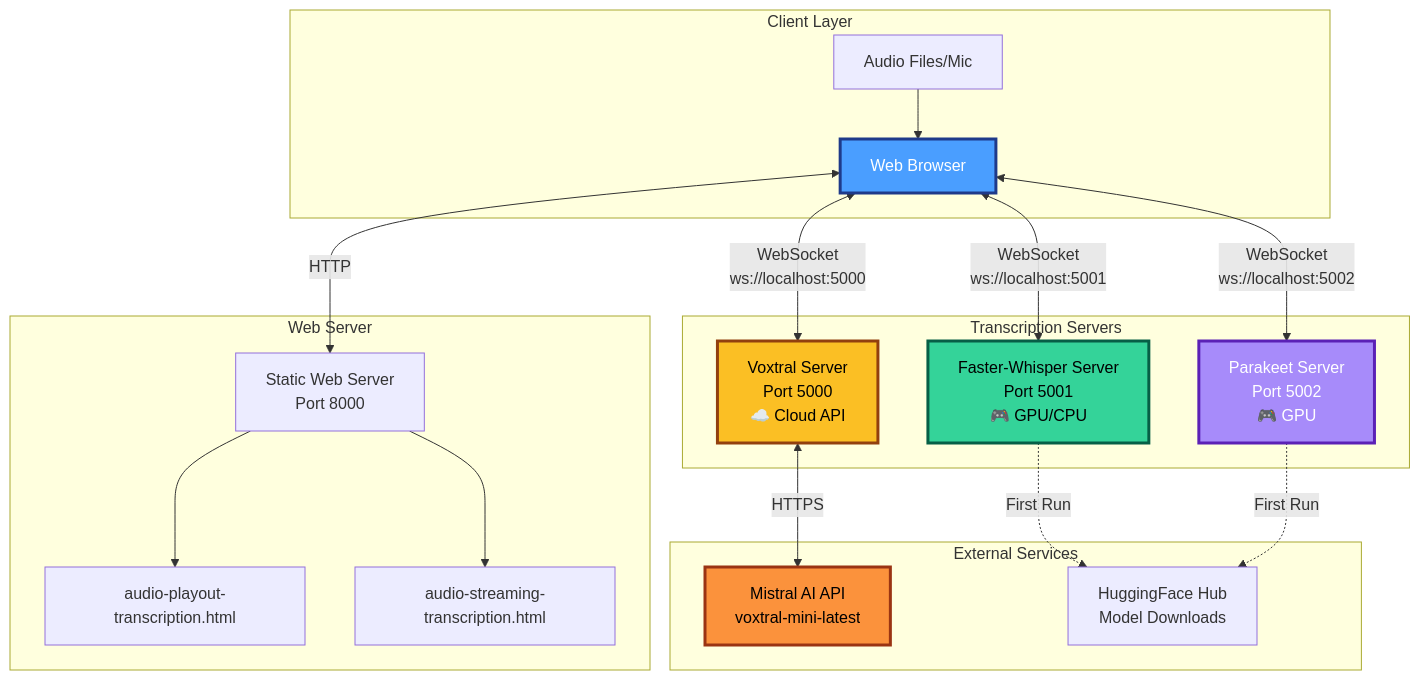
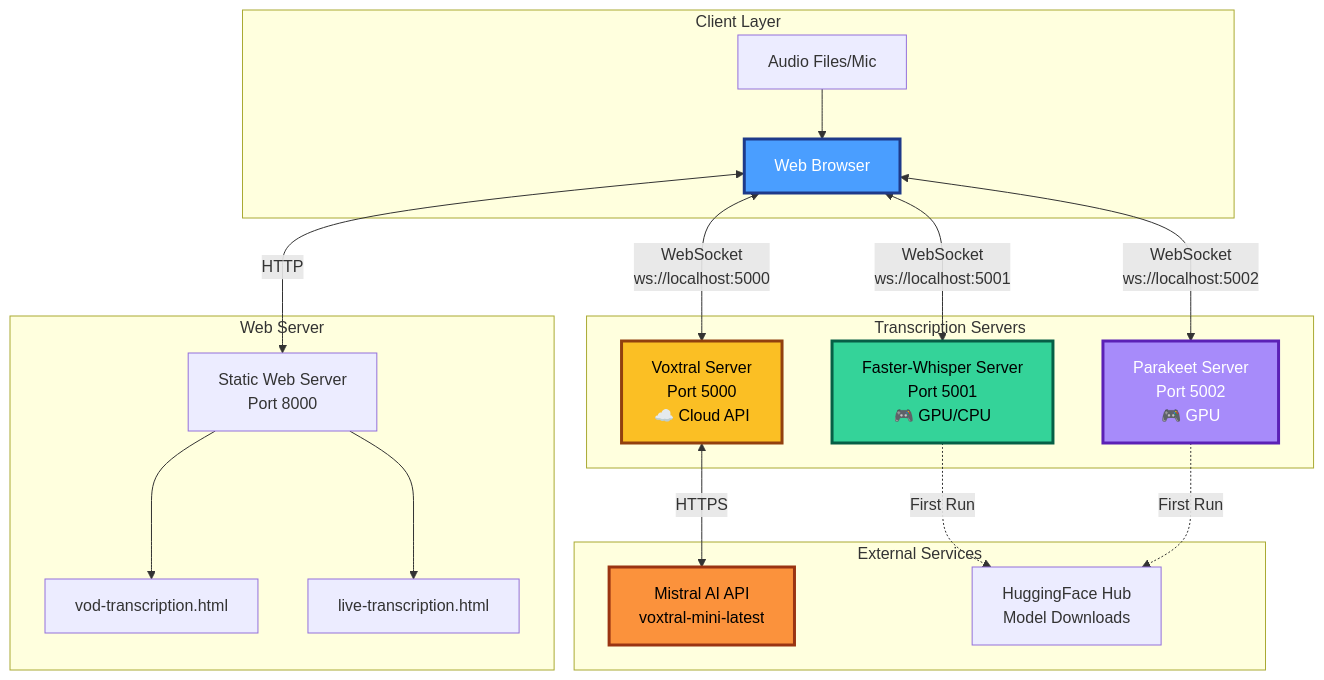
One commit to gjovanov/speech2text changed the first of 6 diagrams in README.md. Above: the diagram before and after it, drawn with Mermaid. The commit also changed other lines of this file and 16 other files, not shown here.

````diff
--- a/README.md
+++ b/README.md
@@ -57,43 +57,43 @@
 ```mermaid
 graph TB
     subgraph "Client Layer"
         Browser[Web Browser]
         Audio[Audio Files/Mic]
     end
 
     subgraph "Web Server"
         WebUI[Static Web Server<br/>Port 8000]
-        HTML1[audio-playout-transcription.html]
-        HTML2[audio-streaming-transcription.html]
+        HTML1[vod-transcription.html]
+        HTML2[live-transcription.html]
     end
 
     subgraph "Transcription Servers"
         Voxtral[Voxtral Server<br/>Port 5000<br/>☁️ Cloud API]
         Whisper[Faster-Whisper Server<br/>Port 5001<br/>🎮 GPU/CPU]
         Parakeet[Parakeet Server<br/>Port 5002<br/>🎮 GPU]
     end
 
     subgraph "External Services"
         MistralAPI[Mistral AI API<br/>voxtral-mini-latest]
         HuggingFace[HuggingFace Hub<br/>Model Downloads]
     end
 
     Audio --> Browser
     Browser <-->|HTTP| WebUI
     WebUI --> HTML1
     WebUI --> HTML2
 
     Browser <-->|WebSocket<br/>ws://localhost:5000| Voxtral
     Browser <-->|WebSocket<br/>ws://localhost:5001| Whisper
     Browser <-->|WebSocket<br/>ws://localhost:5002| Parakeet
 
     Voxtral <-->|HTTPS| MistralAPI
     Whisper -.->|First Run| HuggingFace
     Parakeet -.->|First Run| HuggingFace
 
     style Browser fill:#4a9eff,stroke:#1e3a8a,stroke-width:3px,color:#fff
     style Voxtral fill:#fbbf24,stroke:#92400e,stroke-width:3px,color:#000
     style Whisper fill:#34d399,stroke:#065f46,stroke-width:3px,color:#000
     style Parakeet fill:#a78bfa,stroke:#5b21b6,stroke-width:3px,color:#fff
     style MistralAPI fill:#fb923c,stroke:#9a3412,stroke-width:3px,color:#000
 ```
````
